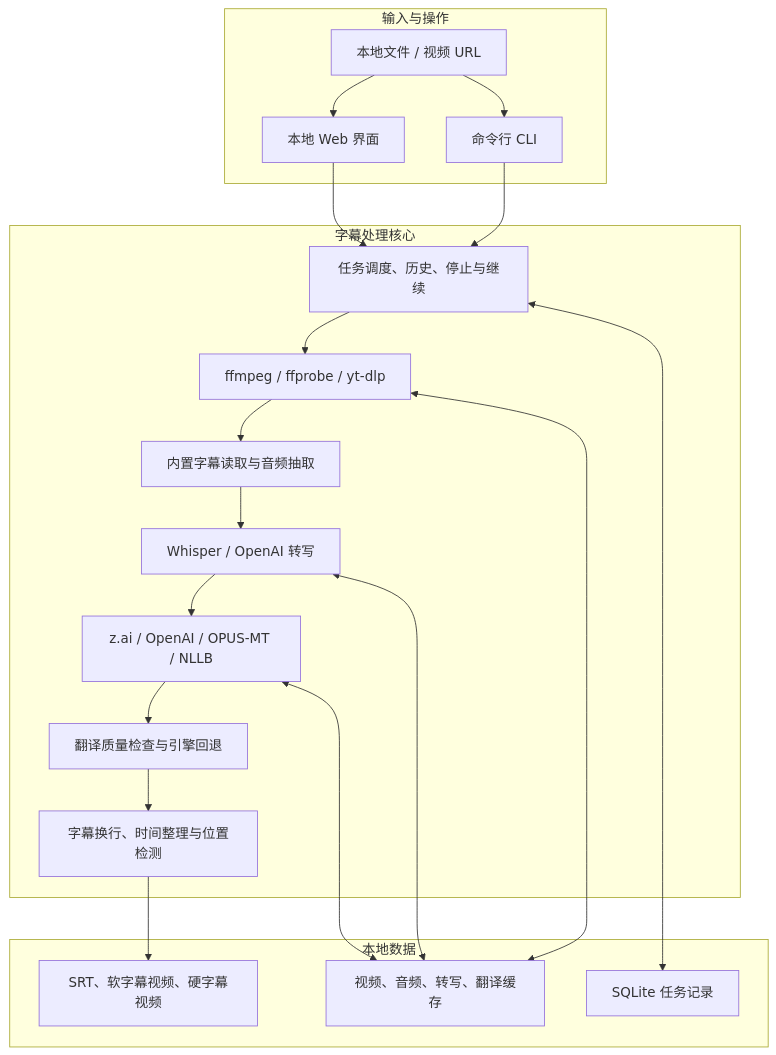
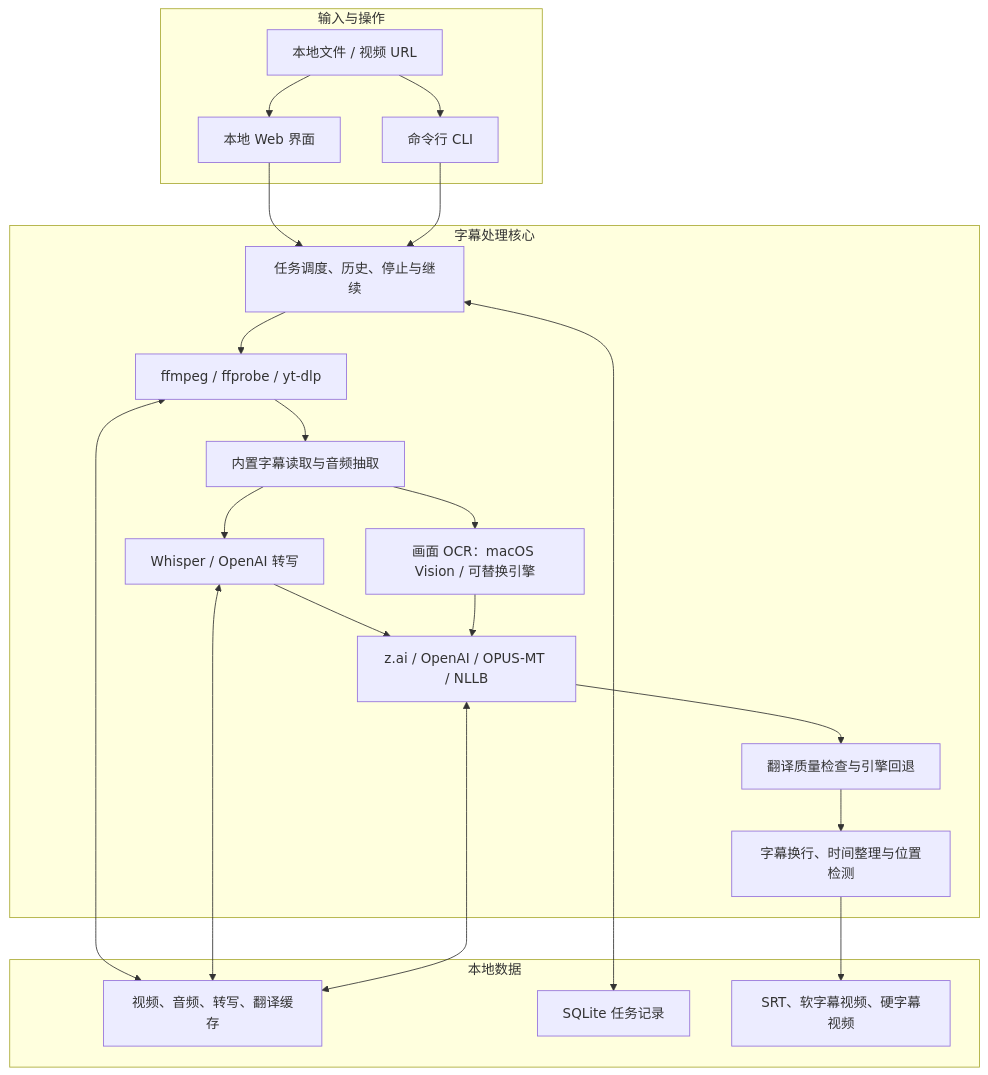
Before and after one commit to jhyduole-sketch/local-video-subtitle-conversion-J: the second of 2 diagrams in README.md, drawn with Mermaid. The commit also changed other lines of this file and 30 other files, not shown here.

````diff
--- a/README.md
+++ b/README.md
@@ -43,34 +46,36 @@
 ```mermaid
 flowchart TB
     subgraph Input["输入与操作"]
         WEB["本地 Web 界面"]
         CLI["命令行 CLI"]
         FILE["本地文件 / 视频 URL"]
     end
 
     subgraph Core["字幕处理核心"]
         JOB["任务调度、历史、停止与继续"]
         MEDIA["ffmpeg / ffprobe / yt-dlp"]
         SOURCE["内置字幕读取与音频抽取"]
         STT["Whisper / OpenAI 转写"]
+        OCR["画面 OCR：macOS Vision / 可替换引擎"]
         TRANS["z.ai / OpenAI / OPUS-MT / NLLB"]
         QA["翻译质量检查与引擎回退"]
         LAYOUT["字幕换行、时间整理与位置检测"]
     end
 
     subgraph Storage["本地数据"]
         CACHE["视频、音频、转写、翻译缓存"]
         STATE["SQLite 任务记录"]
         OUTPUT["SRT、软字幕视频、硬字幕视频"]
     end
 
     FILE --> WEB
     FILE --> CLI
     WEB --> JOB
     CLI --> JOB
     JOB --> MEDIA --> SOURCE --> STT --> TRANS --> QA --> LAYOUT --> OUTPUT
+    SOURCE --> OCR --> TRANS
     JOB <--> STATE
     MEDIA <--> CACHE
     STT <--> CACHE
     TRANS <--> CACHE
 ```
````
